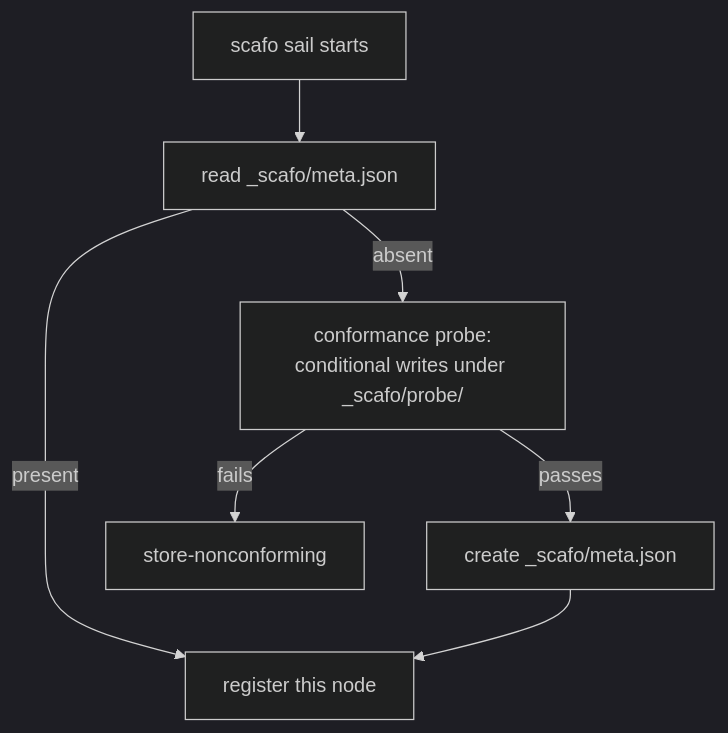
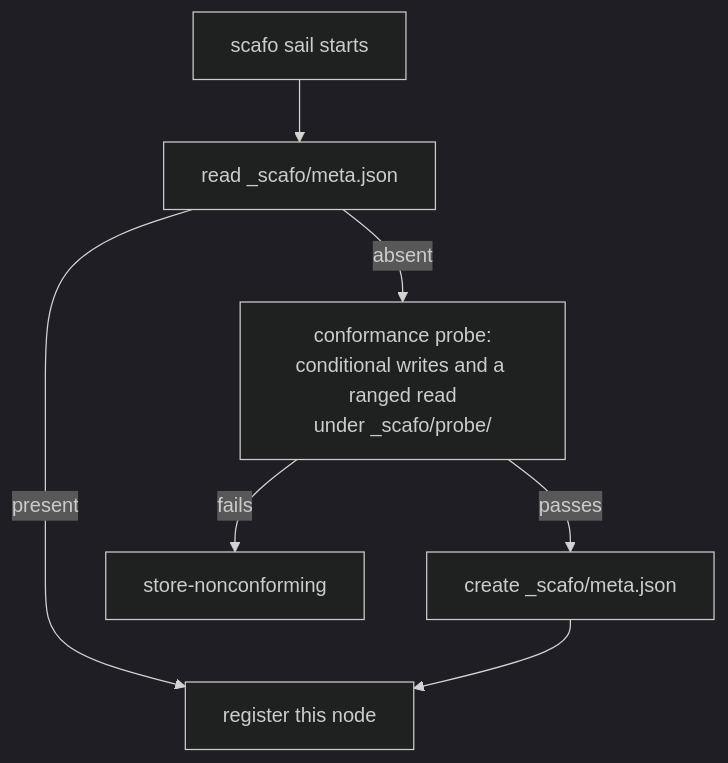
Before and after one commit to sandros94/scafo-docs: the diagram in 1.docs/10.registry.md, drawn with Mermaid (dark theme). The commit also changed other lines of this file and 4 other files, not shown here.

Commit message:
docs: describe the ranged-read probe step

````diff
--- a/1.docs/10.registry.md
+++ b/1.docs/10.registry.md
@@ -88,9 +88,9 @@
 ```mermaid
 flowchart TD
   boot["scafo sail starts"] --> read["read _scafo/meta.json"]
   read -->|"present"| join["register this node"]
-  read -->|"absent"| probe["conformance probe:<br/>conditional writes under _scafo/probe/"]
+  read -->|"absent"| probe["conformance probe:<br/>conditional writes and a ranged read<br/>under _scafo/probe/"]
   probe -->|"passes"| init["create _scafo/meta.json"]
   probe -->|"fails"| refuse["store-nonconforming"]
   init --> join
 ```
````
